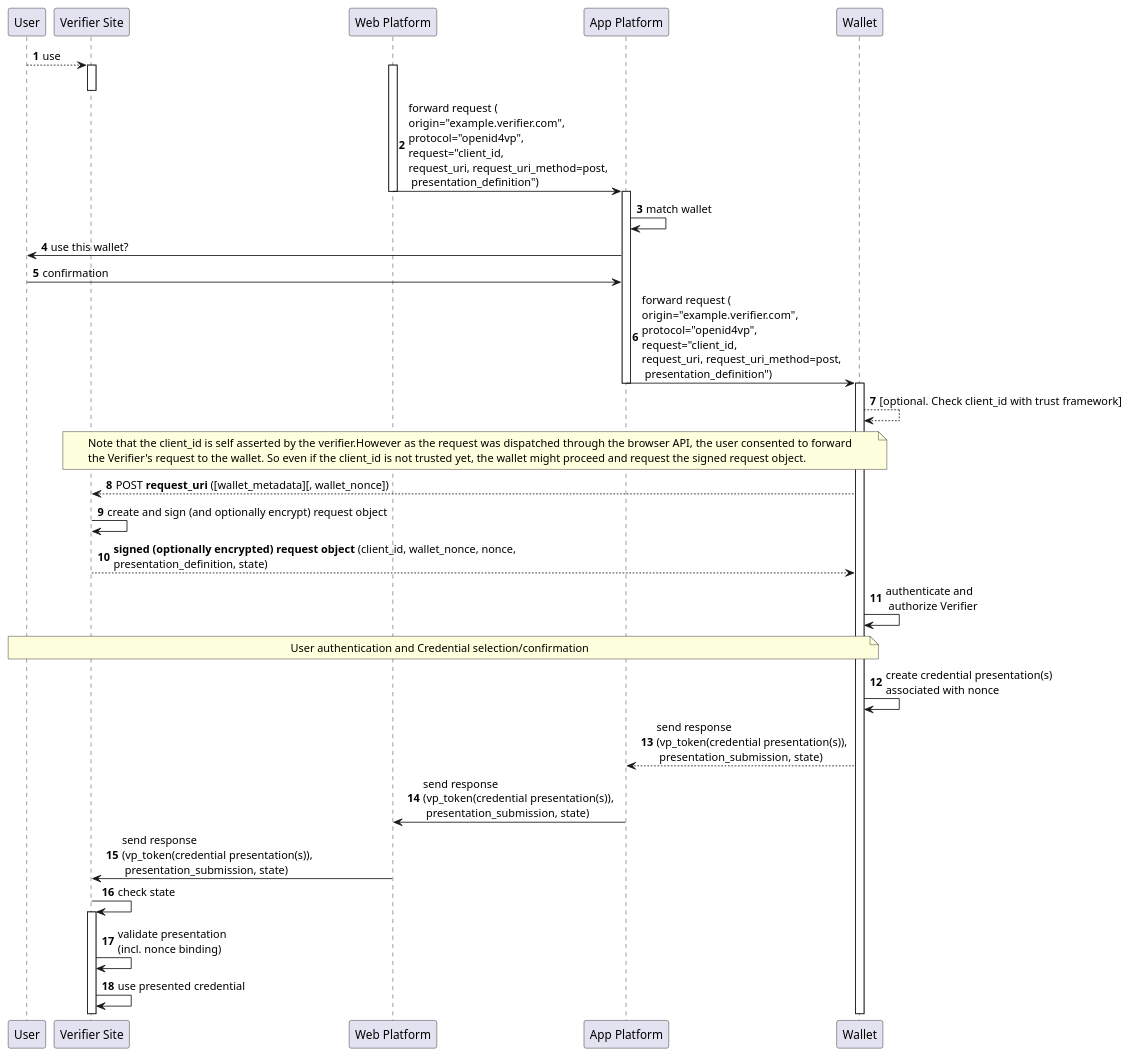
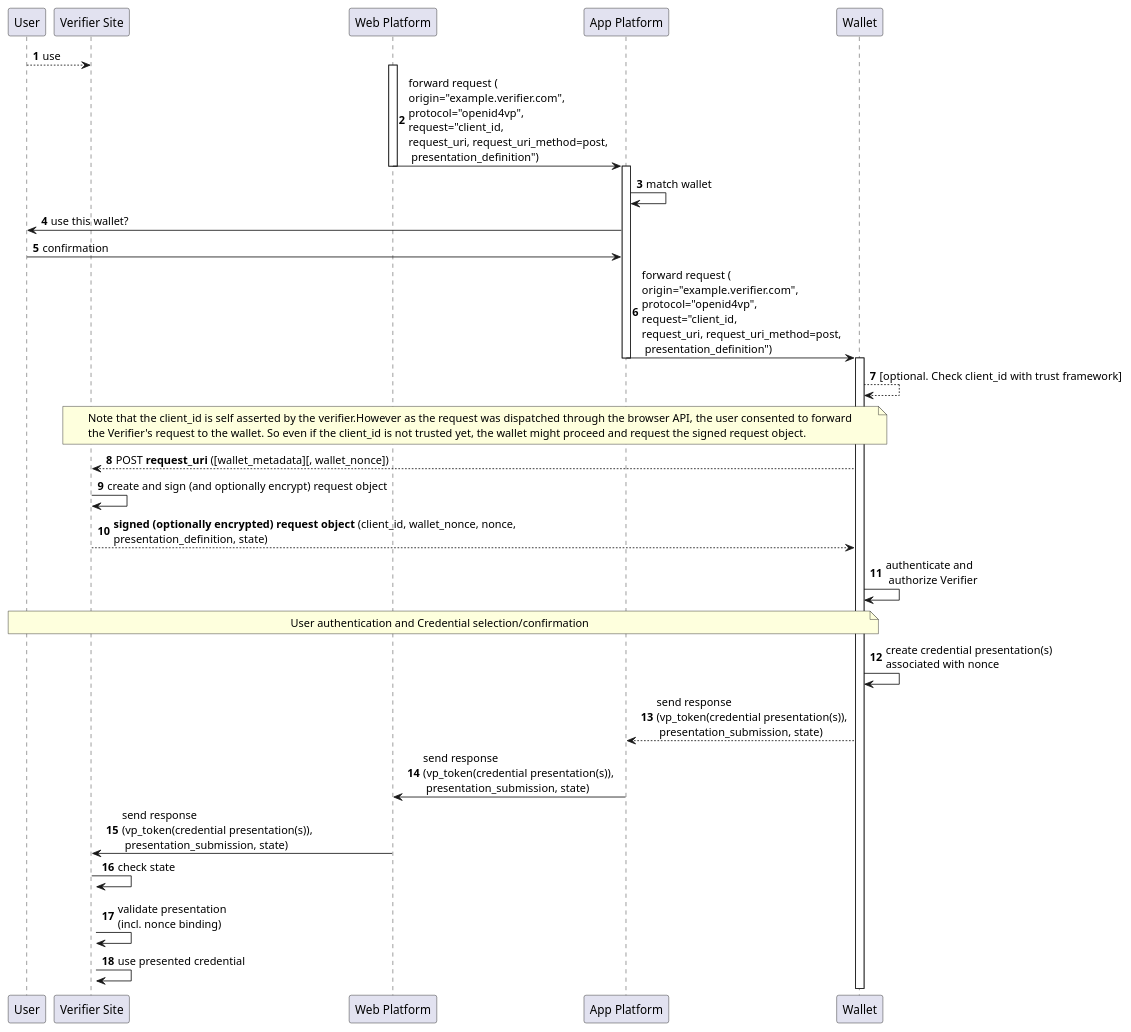
One commit to openid/OpenID4VP changed the diagram in diagrams/request_uri_mode_post_through_browser_api.md. Above: the diagram before and after it, drawn with PlantUML.

````diff
--- a/diagrams/request_uri_mode_post_through_browser_api.md
+++ b/diagrams/request_uri_mode_post_through_browser_api.md
@@ -1,55 +1,54 @@
 ```plantuml
 @startuml
 
 autonumber
 
 participant "User" as u
 
 participant "Verifier Site" as r
 
 participant "Web Platform" as wp
 
 participant "App Platform" as ap
 
 participant "Wallet" as w
 
 u --> r : use
-activate r
 
 deactivate r
 activate wp
 
 wp -> ap: forward request (\norigin="example.verifier.com",\nprotocol="openid4vp",\nrequest="client_id, \nrequest_uri, request_uri_method=post,\n presentation_definition")
 deactivate wp
 activate ap
 
 ap -> ap: match wallet
 ap -> u: use this wallet?
 u -> ap: confirmation
 
 ap -> w: forward request (\norigin="example.verifier.com",\nprotocol="openid4vp",\nrequest="client_id, \nrequest_uri, request_uri_method=post,\n presentation_definition")
 deactivate ap
 
 activate w
 w --> w: [optional. Check client_id with trust framework]
 note over r,w
     Note that the client_id is self asserted by the verifier.However as the request was dispatched through the browser API, the user consented to forward 
     the Verifier's request to the wallet. So even if the client_id is not trusted yet, the wallet might proceed and request the signed request object.
 end note
 w --> r: POST **request_uri** ([wallet_metadata][, wallet_nonce])
 r -> r: create and sign (and optionally encrypt) request object 
 r --> w: **signed (optionally encrypted) request object** (client_id, wallet_nonce, nonce, \npresentation_definition, state)
 w -> w: authenticate and\n authorize Verifier
 
 note over u, w: User authentication and Credential selection/confirmation
 
 w -> w: create credential presentation(s) \nassociated with nonce
 w --> ap: send response \n(vp_token(credential presentation(s)),\n presentation_submission, state)
 ap -> wp: send response \n(vp_token(credential presentation(s)),\n presentation_submission, state)
 wp -> r: send response \n(vp_token(credential presentation(s)),\n presentation_submission, state)
 r -> r: check state
 activate r
 r -> r: validate presentation \n(incl. nonce binding)
 r -> r: use presented credential 
 @enduml
 ```
````
